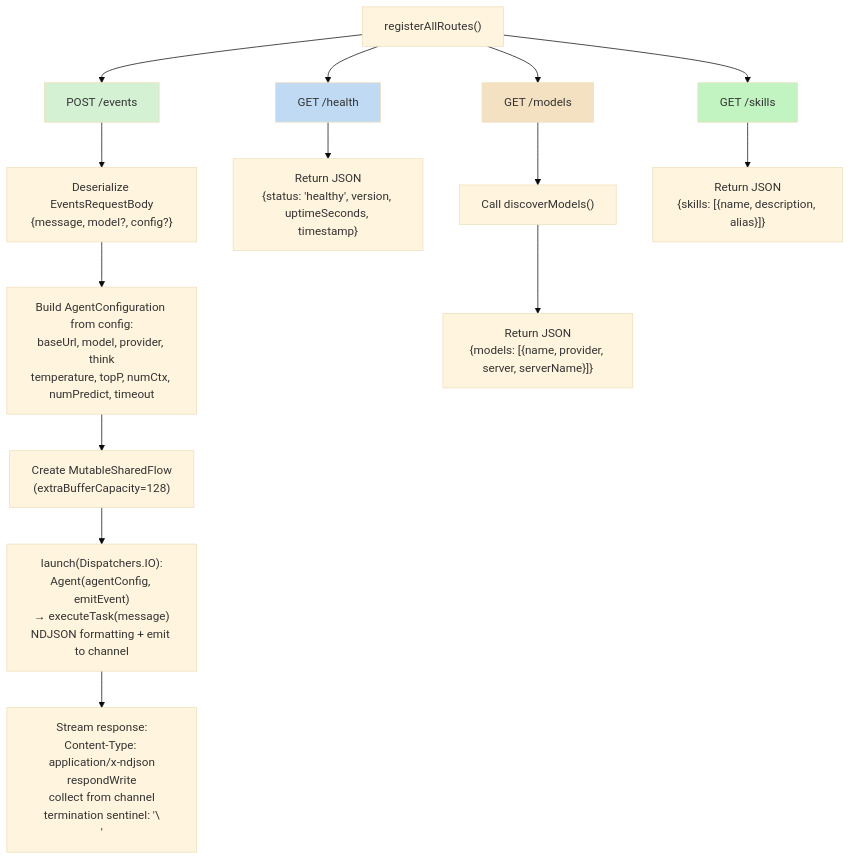
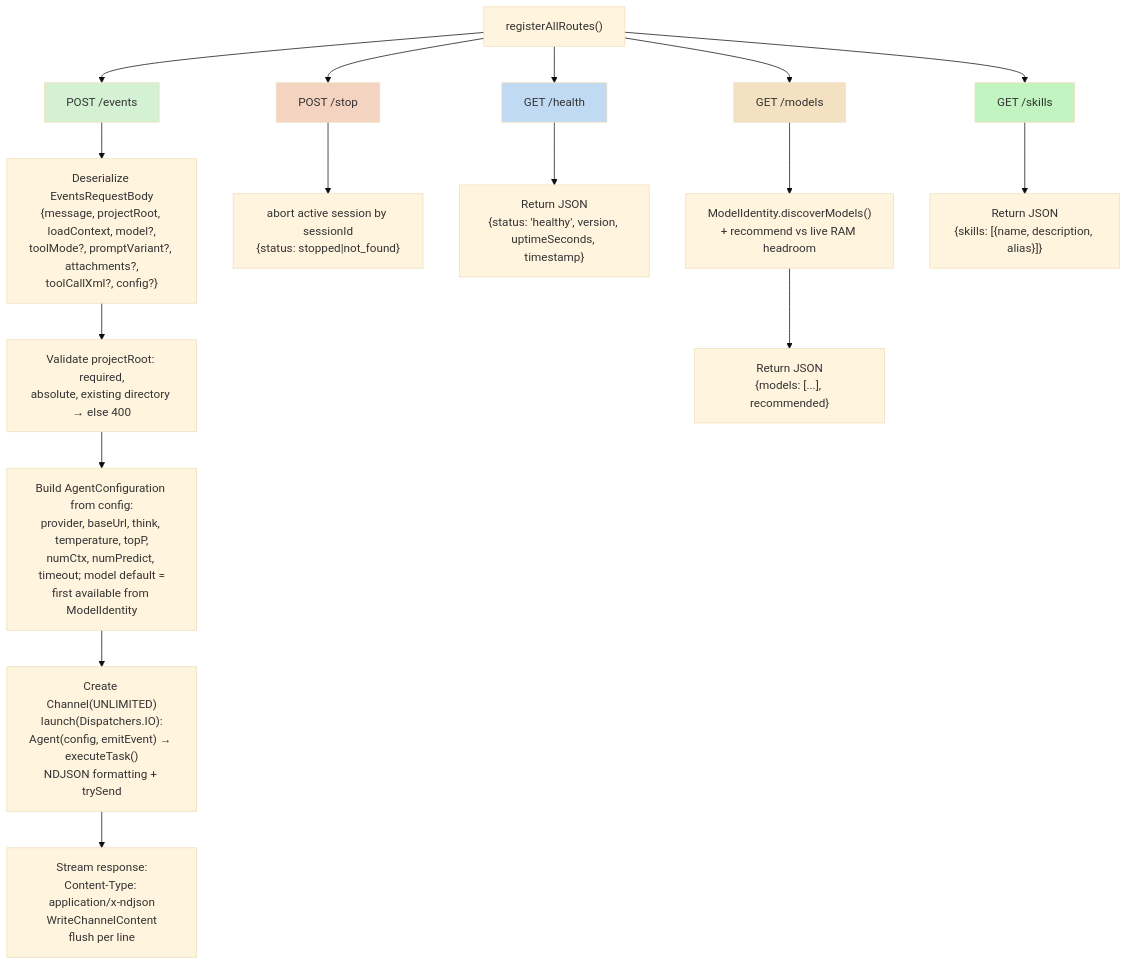
Before and after one commit to lg841226/Gradum: diagram 11 of 29 in docs/ARCHITECTURE.md, drawn with Mermaid (base theme). The commit also changed other lines of this file and 5 other files, not shown here.

Commit message:
docs: sync ARCHITECTURE.md with framework refactor and polish skill/plugin code

````diff
--- a/docs/ARCHITECTURE.md
+++ b/docs/ARCHITECTURE.md
@@ -708,20 +805,23 @@
 ```mermaid
 flowchart TD
     R["registerAllRoutes()"] --> POST[POST /events]
+    R --> PS[POST /stop]
     R --> GH[GET /health]
     R --> GM[GET /models]
     R --> GS[GET /skills]
-    POST --> P1["Deserialize EventsRequestBody<br/>{message, model?, config?}"]
-    P1 --> P2["Build AgentConfiguration from config:<br/>baseUrl, model, provider, think<br/>temperature, topP, numCtx, numPredict, timeout"]
-    P2 --> P3["Create MutableSharedFlow<String><br/>(extraBufferCapacity=128)"]
-    P3 --> P4["launch(Dispatchers.IO):<br/>Agent(agentConfig, emitEvent)<br/>→ executeTask(message)<br/>NDJSON formatting + emit to channel"]
-    P4 --> P5["Stream response:<br/>Content-Type: application/x-ndjson<br/>respondWrite<br/>collect from channel<br/>termination sentinel: '\\n'"]
+    POST --> P1["Deserialize EventsRequestBody<br/>{message, projectRoot, loadContext, model?,<br/>toolMode?, promptVariant?, attachments?,<br/>toolCallXml?, config?}"]
+    P1 --> P2["Validate projectRoot: required,<br/>absolute, existing directory → else 400"]
+    P2 --> P3["Build AgentConfiguration from config:<br/>provider, baseUrl, think, temperature, topP,<br/>numCtx, numPredict, timeout; model default =<br/>first available from ModelIdentity"]
+    P3 --> P4["Create Channel(UNLIMITED)<br/>launch(Dispatchers.IO):<br/>Agent(config, emitEvent) → executeTask()<br/>NDJSON formatting + trySend"]
+    P4 --> P5["Stream response:<br/>Content-Type: application/x-ndjson<br/>WriteChannelContent<br/>flush per line"]
+    PS --> S1["abort active session by sessionId<br/>{status: stopped|not_found}"]
     GH --> H1["Return JSON<br/>{status: 'healthy', version, uptimeSeconds, timestamp}"]
-    GM --> M1["Call discoverModels()"]
-    M1 --> M2["Return JSON<br/>{models: [{name, provider, server, serverName}]}"]
-    GS --> S1["Return JSON<br/>{skills: [{name, description, alias}]}"]
+    GM --> M1["ModelIdentity.discoverModels()<br/>+ recommend vs live RAM headroom"]
+    M1 --> M2["Return JSON<br/>{models: [...], recommended}"]
+    GS --> S2["Return JSON<br/>{skills: [{name, description, alias}]}"]
     style POST fill: #d4f1d4
+    style PS fill: #f4d4c1
     style GH fill: #c1daf4
     style GM fill: #f4e1c1
     style GS fill: #c1f4c1
 ```
````
